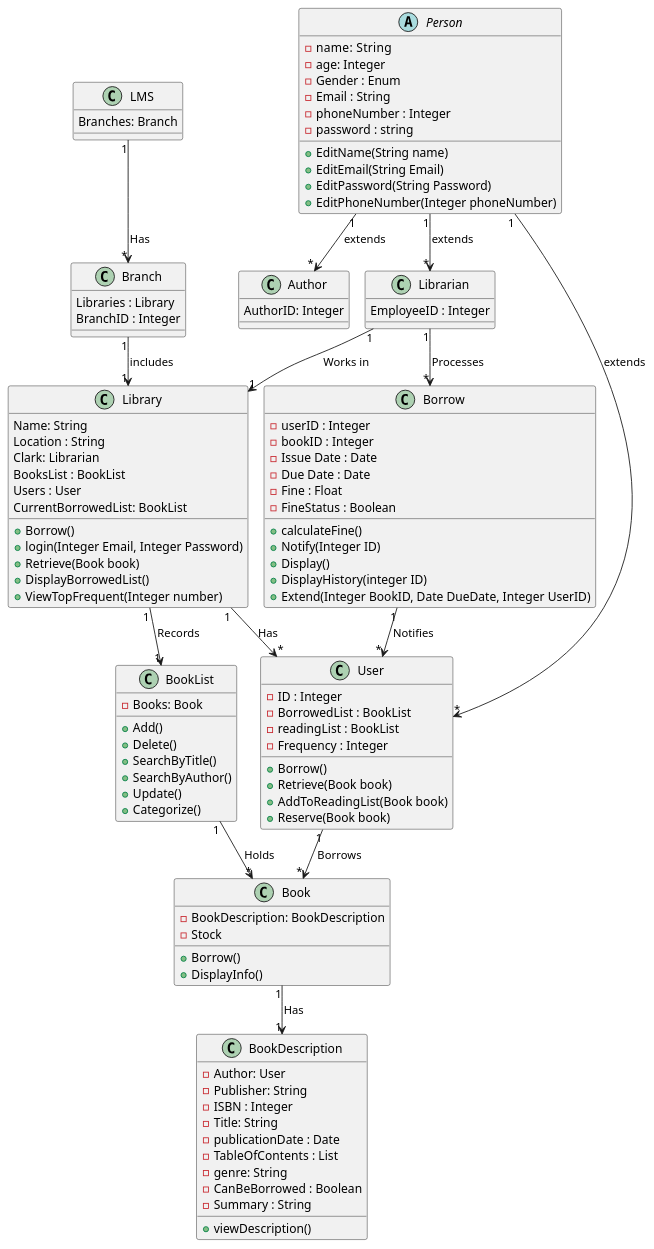
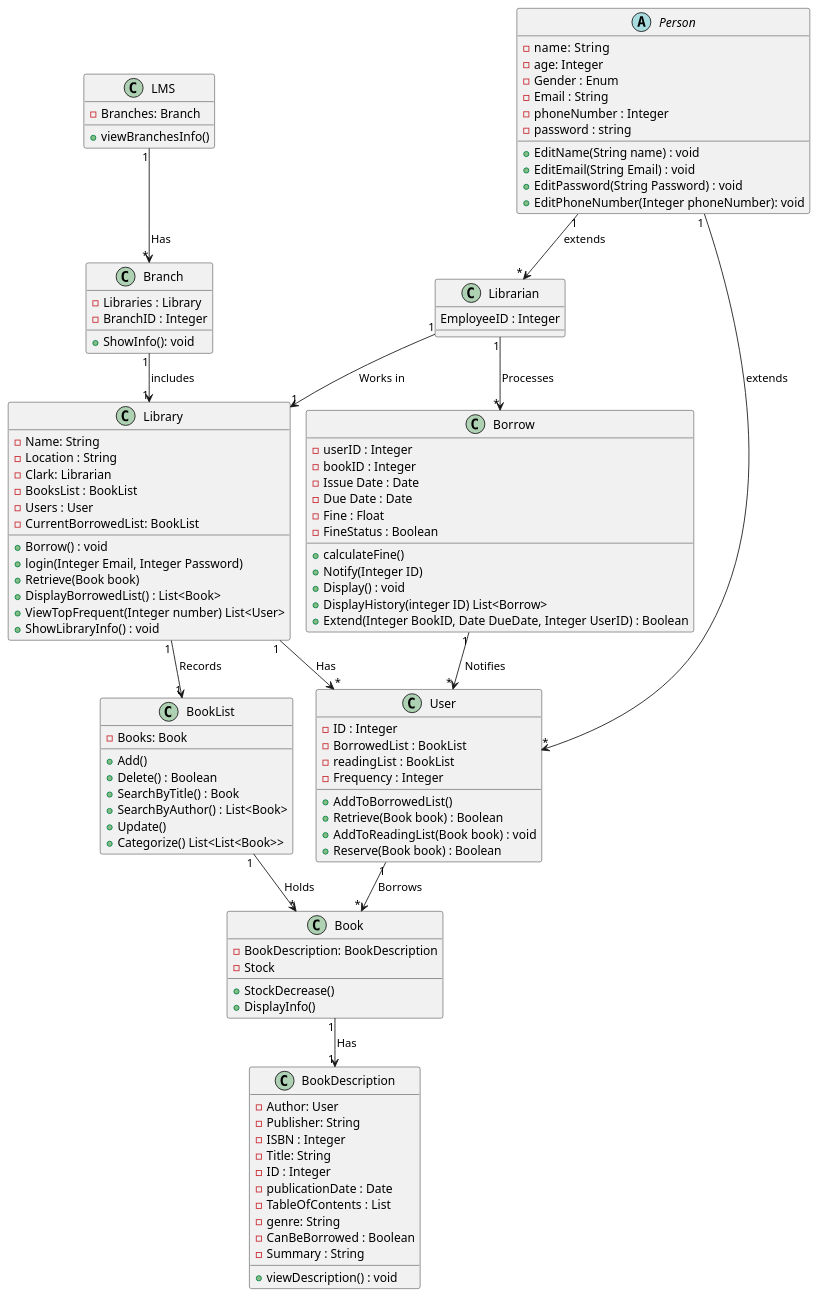
Before and after one commit to SalmaAzeem/library-system: the diagram in diagrams/DCD/DCD.puml, drawn with PlantUML.

Commit message:
Final DCD ISA

```diff
--- a/diagrams/DCD/DCD.puml
+++ b/diagrams/DCD/DCD.puml
@@ -1,125 +1,126 @@
 @startuml
 !pragma layout smetana
 'https://plantuml.com/class-diagram
 class LMS
 {
-Branches: Branch
+ - Branches: Branch
+ + viewBranchesInfo()
 }
 class Branch
 {
- Libraries : Library
- BranchID : Integer
+ - Libraries : Library
+ - BranchID : Integer
+ + ShowInfo(): void
 }
 class Library {
-  Name: String
-  'Should it be a Library Class cuz it's a physical place?
-  Location : String
-  Clark: Librarian
-  BooksList : BookList
-  Users : User
-  CurrentBorrowedList: BookList
-   ''Takes the info Of the user and the borrowed Books add it to the currentBorrowedBooks
-  + Borrow()
+  - Name: String
+  - Location : String
+  - Clark: Librarian
+  - BooksList : BookList
+  - Users : User
+  - CurrentBorrowedList: BookList
+   ''Takes the info Of the user and the borrowed Books add it to the currentBorrowedBooks and search for the user in the userList and give it the Book to add it in its list and calls the decrease function for stock
+  + Borrow() : void
   + login(Integer Email, Integer Password)
   + Retrieve(Book book)
-  + DisplayBorrowedList()
+  + DisplayBorrowedList() : List<Book>
   ''returns the K frequent members
-  + ViewTopFrequent(Integer number)
+  + ViewTopFrequent(Integer number) List<User>
+  + ShowLibraryInfo() : void
 }
 ''Could have an abstract class to implement the borrow function ?
 class BookList {
   - Books: Book
   ' -BookDescriptions: BookDescription
  + Add()
- + Delete()
- + SearchByTitle()
- + SearchByAuthor()
+ + Delete() : Boolean
+ + SearchByTitle() : Book
+ + SearchByAuthor() : List<Book>
  + Update()
- + Categorize()
+ + Categorize() List<List<Book>>
+ '' What may return?
 }
 class Book {
  - BookDescription: BookDescription
  - Stock
  ''Could this be removed and replaced by unique ID instead?
- ''Decrement the stock
- + Borrow()
+ ''Decrement the stock could be removed and replaced by setter function
+ + StockDecrease()
  + DisplayInfo()
+
 
 }
 class BookDescription {
   - Author: User
   - Publisher: String
   - ISBN : Integer
   - Title: String
+  - ID : Integer
+  ' one ISBN could have multiple IDs
   - publicationDate : Date
   - TableOfContents : List
   - genre: String
   - CanBeBorrowed : Boolean
   - Summary : String
-  + viewDescription()
+  + viewDescription() : void
 }
 class User {
   - ID : Integer
   - BorrowedList : BookList
   - readingList : BookList
   - Frequency : Integer
   'Adds the Book to the user's borrowedList
-  + Borrow()
+  + AddToBorrowedList()
   'Remove the book from the user's borrowedList
-  + Retrieve(Book book)
-  + AddToReadingList(Book book)
-  + Reserve(Book book)
-}
-''Out of context ?
-class Author{
-AuthorID: Integer
+  + Retrieve(Book book) : Boolean
+  + AddToReadingList(Book book) : void
+  + Reserve(Book book) : Boolean
 }
 abstract class Person{
   - name:  String
   - age: Integer
   - Gender : Enum
   - Email : String
   - phoneNumber : Integer
   - password : string
-  + EditName(String name)
-  + EditEmail(String Email)
-  + EditPassword(String Password)
-  + EditPhoneNumber(Integer phoneNumber)
+  + EditName(String name) : void
+  + EditEmail(String Email) : void
+  + EditPassword(String Password) : void
+  + EditPhoneNumber(Integer phoneNumber): void
 
 }
 ''What are the functions of librarian and how to let them confirm the retrieve request
 class Librarian {
      EmployeeID : Integer
 }
 
 class Borrow {
   - userID : Integer
   '' can we add an ID to each book so we need to sum by ISBN to know the stock so we can assign the ID to the borrow class
   - bookID : Integer
   - Issue Date : Date
   - Due Date : Date
   - Fine : Float
   - FineStatus : Boolean
   + calculateFine()
   + Notify(Integer ID)
-  + Display()
+  + Display() : void
   ''retrieves the History of specific user
-  + DisplayHistory(integer ID)
-  + Extend(Integer BookID, Date DueDate, Integer UserID)
+  + DisplayHistory(integer ID) List<Borrow>
+  + Extend(Integer BookID, Date DueDate, Integer UserID) : Boolean
 
 }
 
 LMS "1" --> "*" Branch : Has
 BookList "1" --> "*" Book : Holds
 Branch "1" --> "1" Library : includes
 Book "1" --> "1" BookDescription : Has
 Person "1" -->"*" Librarian : extends
 Person "1" -->"*" User : extends
-Person "1" -->"*" Author : extends
 Library "1" --> "*" User : Has
 Library "1" --> "1" BookList : Records
 User "1" --> "*" Book : Borrows
 Librarian "1" --> "*" Borrow : Processes
 Librarian "1" -->  "1" Library : Works in
 Borrow "1" --> "*" User : Notifies
 @enduml
```
